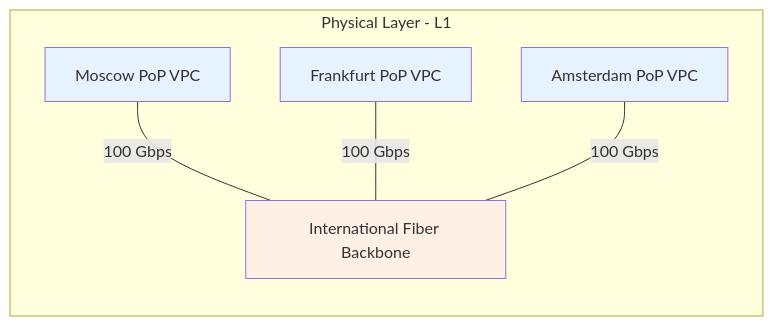
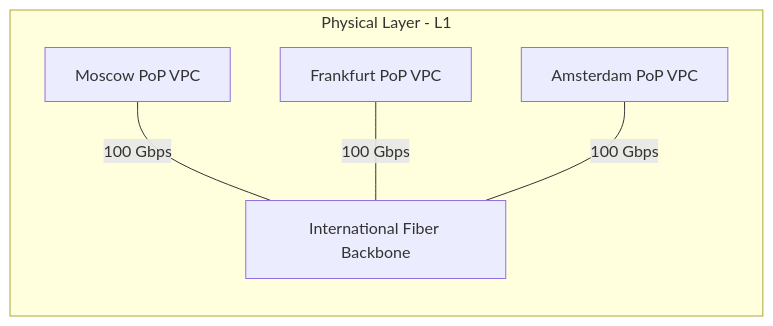
The second of 10 diagrams in ARCHITECTURE/NETWORK_LAYERS_OSI_MODEL.md (twogc/cloudbridge-docs), drawn with Mermaid before and after one commit. The commit also changed other lines of this file and 1 other file, not shown here.

````diff
--- a/ARCHITECTURE/NETWORK_LAYERS_OSI_MODEL.md
+++ b/ARCHITECTURE/NETWORK_LAYERS_OSI_MODEL.md
@@ -67,18 +59,13 @@
 ```mermaid
 graph LR
     subgraph "Physical Layer - L1"
         VPC1["Moscow PoP VPC"]
         VPC2["Frankfurt PoP VPC"]
         VPC3["Amsterdam PoP VPC"]
         FIBER["International Fiber Backbone"]
     end
     
     VPC1 ---|100 Gbps| FIBER
     VPC2 ---|100 Gbps| FIBER
     VPC3 ---|100 Gbps| FIBER
-    
-    style VPC1 fill:#e6f3ff
-    style VPC2 fill:#e6f3ff
-    style VPC3 fill:#e6f3ff
-    style FIBER fill:#fff0e6
 ```
````
